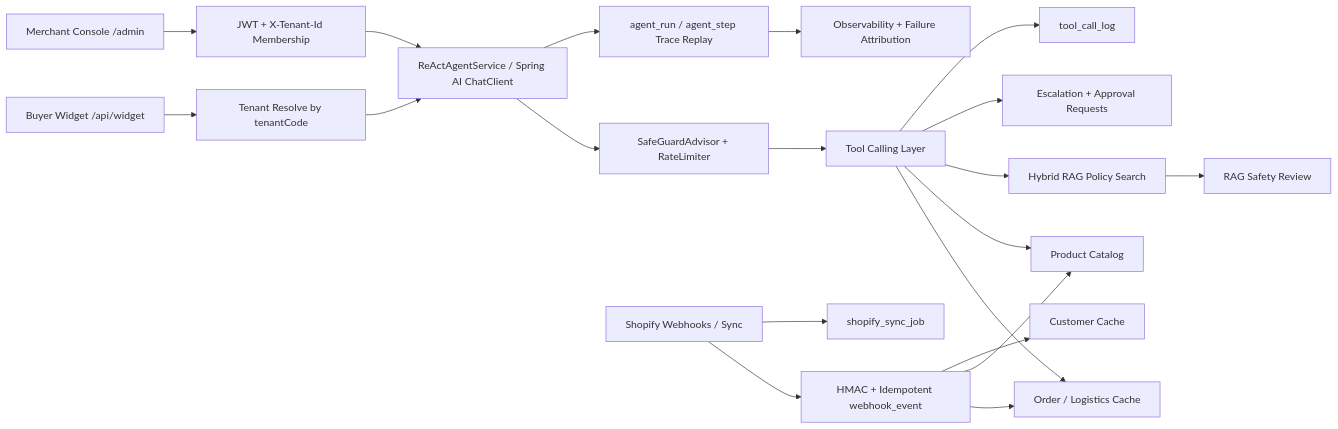
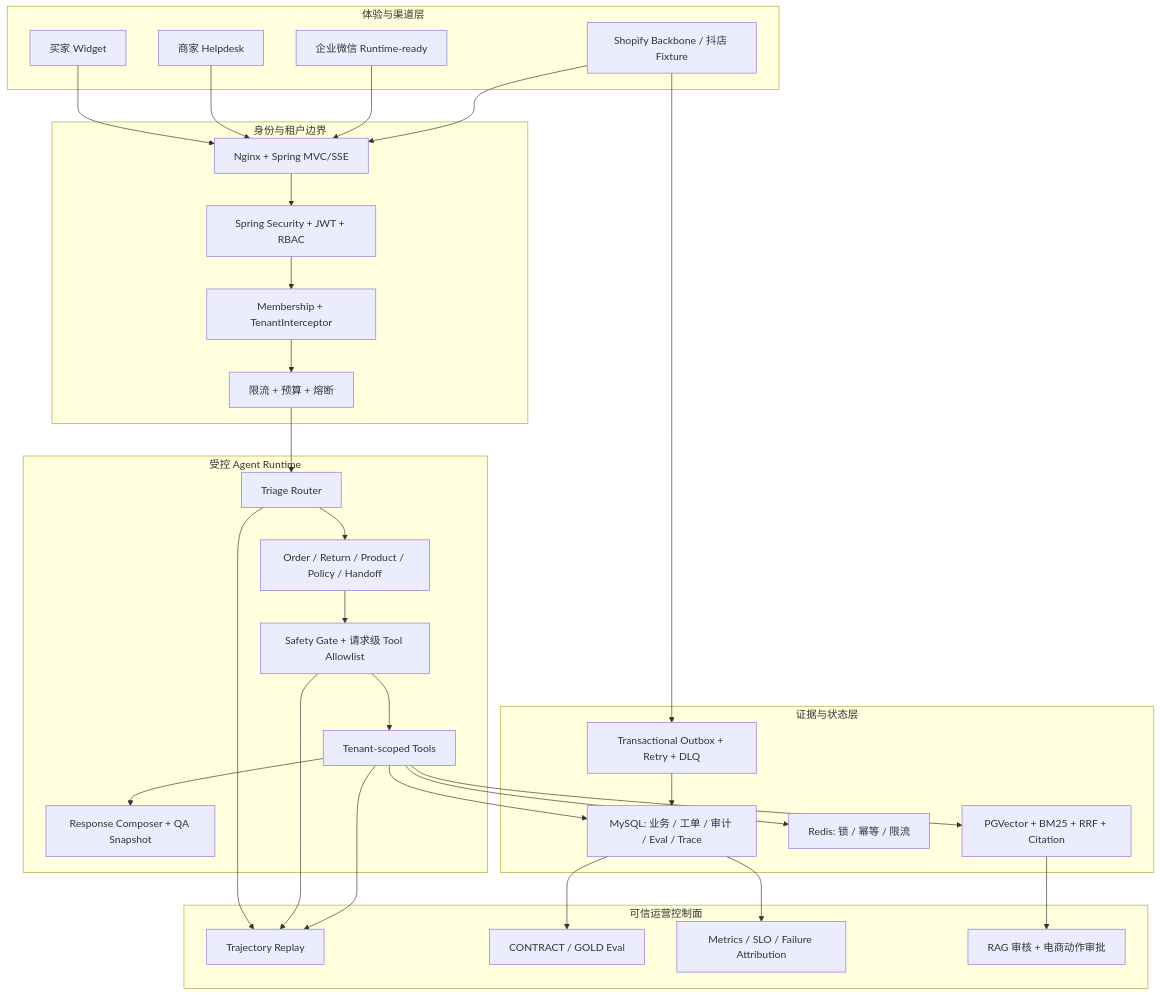
Before and after one commit to RyanCoreAI/spring-ai-crossborder-customer-service: the diagram in docs/architecture.md, drawn with Mermaid. The commit also changed other lines of this file and 24 other files, not shown here.

````diff
--- a/docs/architecture.md
+++ b/docs/architecture.md
@@ -7,22 +7,55 @@
 ```mermaid
-flowchart LR
-  Buyer["Buyer Widget /api/widget"] --> TenantResolve["Tenant Resolve by tenantCode"]
-  Admin["Merchant Console /admin"] --> JWT["JWT + X-Tenant-Id Membership"]
-  TenantResolve --> Agent["ReActAgentService / Spring AI ChatClient"]
-  JWT --> Agent
-  Agent --> Safety["SafeGuardAdvisor + RateLimiter"]
-  Safety --> Tools["Tool Calling Layer"]
-  Tools --> Orders["Order / Logistics Cache"]
-  Tools --> Products["Product Catalog"]
-  Tools --> Policies["Hybrid RAG Policy Search"]
-  Tools --> Tickets["Escalation + Approval Requests"]
-  Tools --> Audit["tool_call_log"]
-  Agent --> Trace["agent_run / agent_step Trace Replay"]
-  Trace --> Obs["Observability + Failure Attribution"]
-  Policies --> RagSafety["RAG Safety Review"]
-  Shopify["Shopify Webhooks / Sync"] --> Webhook["HMAC + Idempotent webhook_event"]
-  Shopify --> Jobs["shopify_sync_job"]
-  Webhook --> Orders
-  Webhook --> Products
-  Webhook --> Customers["Customer Cache"]
+flowchart TB
+  subgraph Experience["体验与渠道层"]
+    Widget["买家 Widget"]
+    Helpdesk["商家 Helpdesk"]
+    WeCom["企业微信 Runtime-ready"]
+    Platforms["Shopify Backbone / 抖店 Fixture"]
+  end
+
+  subgraph Boundary["身份与租户边界"]
+    Api["Nginx + Spring MVC/SSE"]
+    Security["Spring Security + JWT + RBAC"]
+    Tenant["Membership + TenantInterceptor"]
+    Protection["限流 + 预算 + 熔断"]
+  end
+
+  subgraph Runtime["受控 Agent Runtime"]
+    Router["Triage Router"]
+    Workers["Order / Return / Product / Policy / Handoff"]
+    Guard["Safety Gate + 请求级 Tool Allowlist"]
+    Tools["Tenant-scoped Tools"]
+    Response["Response Composer + QA Snapshot"]
+  end
+
+  subgraph Data["证据与状态层"]
+    MySQL["MySQL: 业务 / 工单 / 审计 / Eval / Trace"]
+    Redis["Redis: 锁 / 幂等 / 限流"]
+    RAG["PGVector + BM25 + RRF + Citation"]
+    Outbox["Transactional Outbox + Retry + DLQ"]
+  end
+
+  subgraph Trust["可信运营控制面"]
+    Replay["Trajectory Replay"]
+    Evaluation["CONTRACT / GOLD Eval"]
+    Observability["Metrics / SLO / Failure Attribution"]
+    Approval["RAG 审核 + 电商动作审批"]
+  end
+
+  Widget --> Api
+  Helpdesk --> Api
+  WeCom --> Api
+  Platforms --> Api
+  Api --> Security --> Tenant --> Protection --> Router
+  Router --> Workers --> Guard --> Tools --> Response
+  Tools --> MySQL
+  Tools --> Redis
+  Tools --> RAG
+  Platforms --> Outbox --> MySQL
+  Router --> Replay
+  Guard --> Replay
+  Tools --> Replay
+  RAG --> Approval
+  MySQL --> Evaluation
+  MySQL --> Observability
 ```
````
